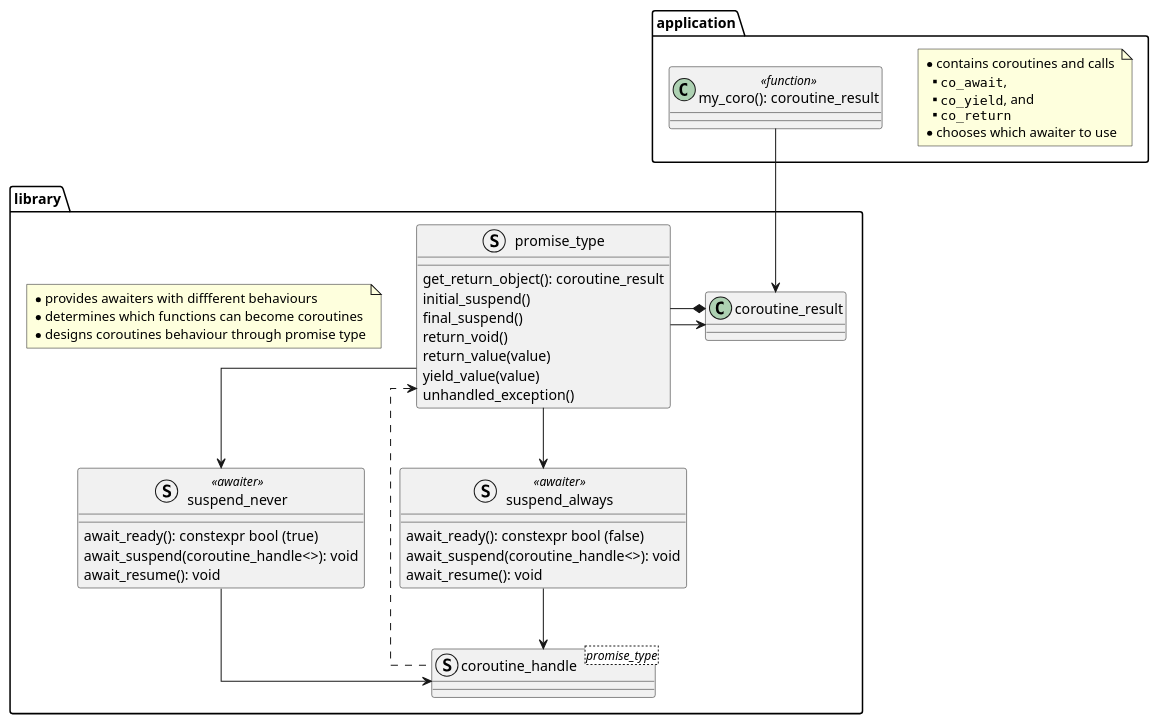
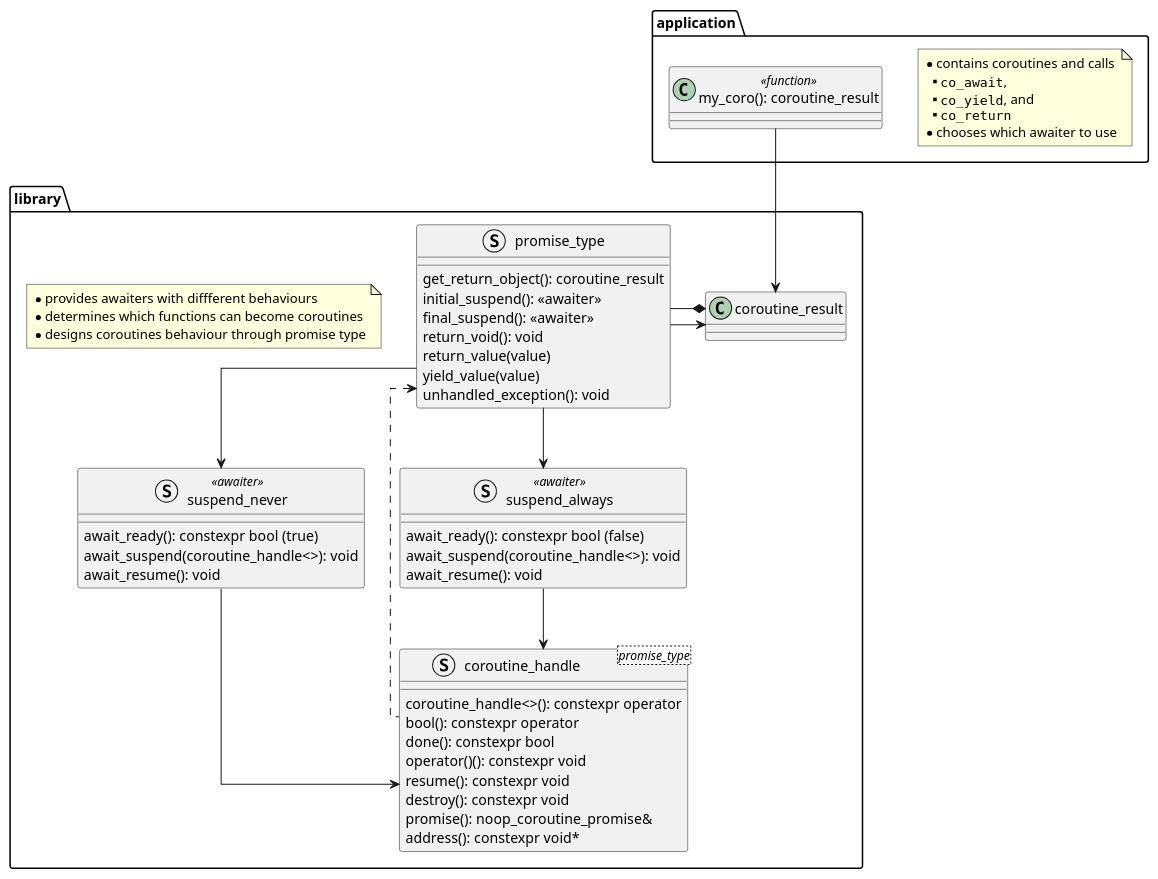
One commit to davmf/coroutines changed the diagram in coroutines.puml. Above: the diagram before and after it, drawn with PlantUML. The commit also changed 1 other file, not shown here.

```diff
--- a/coroutines.puml
+++ b/coroutines.puml
@@ -1,67 +1,74 @@
 @startuml coroutines
 
 skinparam Linetype ortho
 
 folder application {
 
     note as n2
     * contains coroutines and calls
     ** ""co_await"",
     ** ""co_yield"", and
     ** ""co_return""
     * chooses which awaiter to use
     end note
 
     class "my_coro(): coroutine_result" as my_coro <<function>>
 }
 
 folder library {
 
     note as n1
     * provides awaiters with diffferent behaviours
     * determines which functions can become coroutines
     * designs coroutines behaviour through promise type
     end note
 
     class coroutine_result {
     }
 
     struct promise_type {
         get_return_object(): coroutine_result
-        initial_suspend()
-        final_suspend()
-        return_void()
+        initial_suspend(): <<awaiter>>
+        final_suspend(): <<awaiter>>
+        return_void(): void
         return_value(value)
         yield_value(value)
-        unhandled_exception()
+        unhandled_exception(): void
     }
 
     struct suspend_never <<awaiter>> {
         await_ready(): constexpr bool (true)
         await_suspend(coroutine_handle<>): void
         await_resume(): void
     }
 
     struct suspend_always <<awaiter>> {
         await_ready(): constexpr bool (false)
         await_suspend(coroutine_handle<>): void
         await_resume(): void
     }
 
     struct coroutine_handle<promise_type> {
-
+        coroutine_handle<>(): constexpr operator
+        bool(): constexpr operator
+        done(): constexpr bool
+        operator()(): constexpr void
+        resume(): constexpr void
+        destroy(): constexpr void
+        promise(): noop_coroutine_promise&
+        address(): constexpr void*
     }
 
     coroutine_result *- promise_type
     promise_type -> coroutine_result
     promise_type --> suspend_never
     promise_type --> suspend_always
     promise_type <.. coroutine_handle
     suspend_never --> coroutine_handle
     suspend_always --> coroutine_handle
 }
 
 
 my_coro --> coroutine_result
 
 @enduml
```
